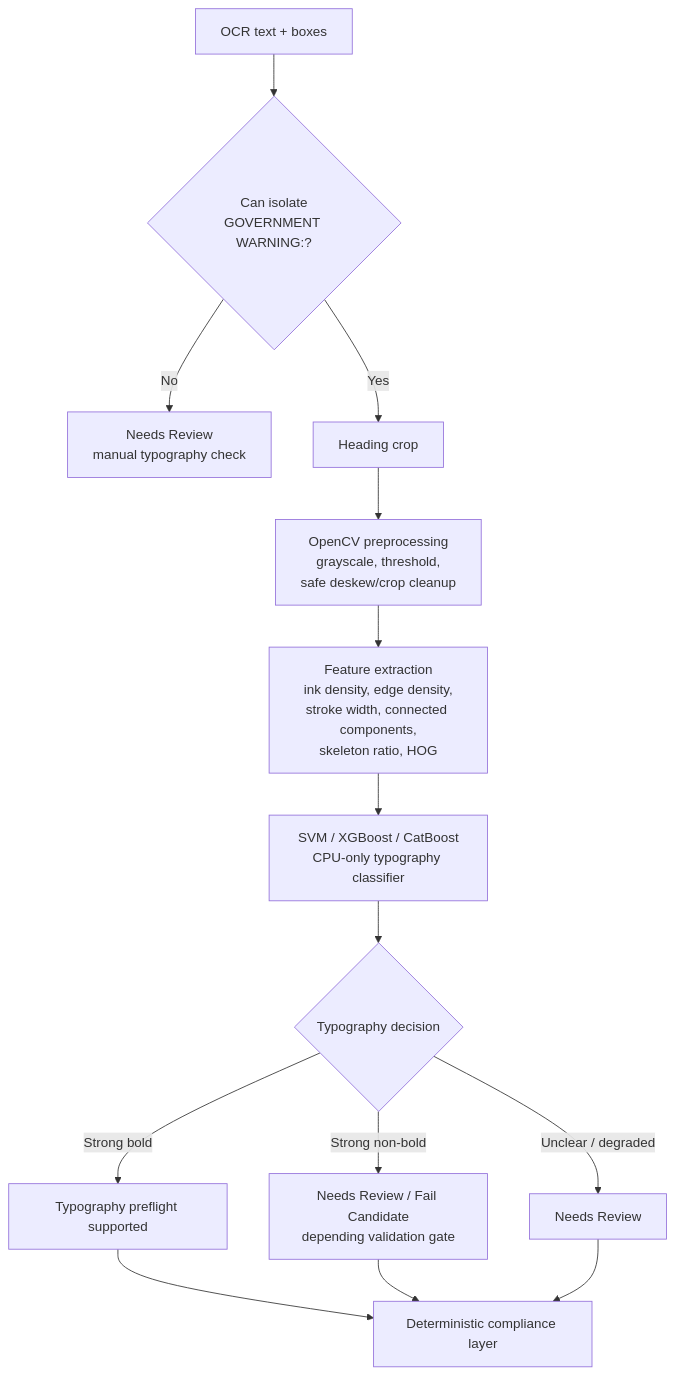
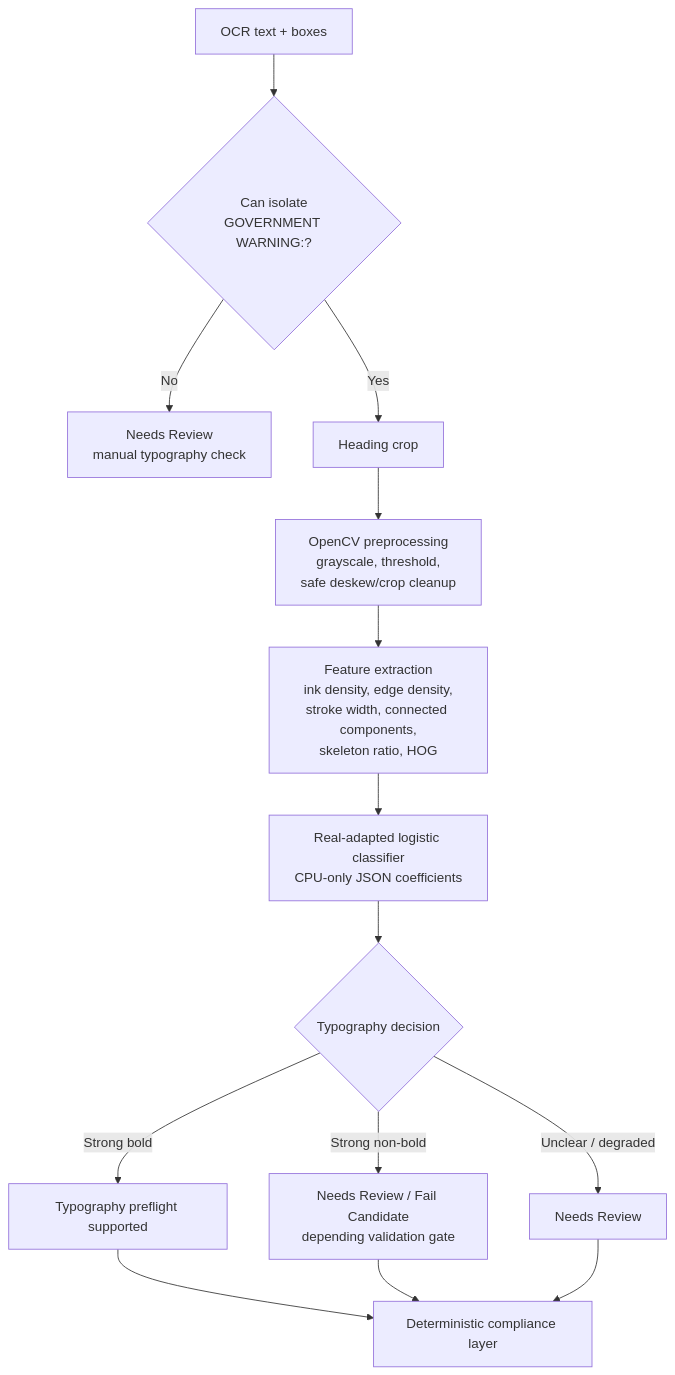
Before and after one commit to AaronNHorvitz/Labels-On-Tap: the ninth of 13 diagrams in MODEL_ARCHITECTURE.md, drawn with Mermaid. The commit also changed other lines of this file and 15 other files, not shown here.

Commit message:
feat: add real-adapted warning boldness preflight

````diff
--- a/MODEL_ARCHITECTURE.md
+++ b/MODEL_ARCHITECTURE.md
@@ -444,16 +447,16 @@
 ```mermaid
 flowchart TD
     A["OCR text + boxes"] --> B{"Can isolate<br/>GOVERNMENT WARNING:?"}
     B -->|No| C["Needs Review<br/>manual typography check"]
     B -->|Yes| D["Heading crop"]
     D --> E["OpenCV preprocessing<br/>grayscale, threshold,<br/>safe deskew/crop cleanup"]
     E --> F["Feature extraction<br/>ink density, edge density,<br/>stroke width, connected components,<br/>skeleton ratio, HOG"]
-    F --> G["SVM / XGBoost / CatBoost<br/>CPU-only typography classifier"]
+    F --> G["Real-adapted logistic classifier<br/>CPU-only JSON coefficients"]
     G --> H{"Typography decision"}
     H -->|"Strong bold"| I["Typography preflight supported"]
     H -->|"Strong non-bold"| J["Needs Review / Fail Candidate<br/>depending validation gate"]
     H -->|"Unclear / degraded"| K["Needs Review"]
     I --> L["Deterministic compliance layer"]
     J --> L
     K --> L
 ```
````
